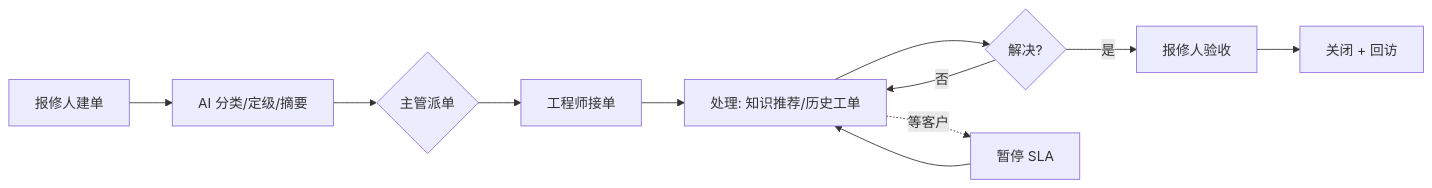
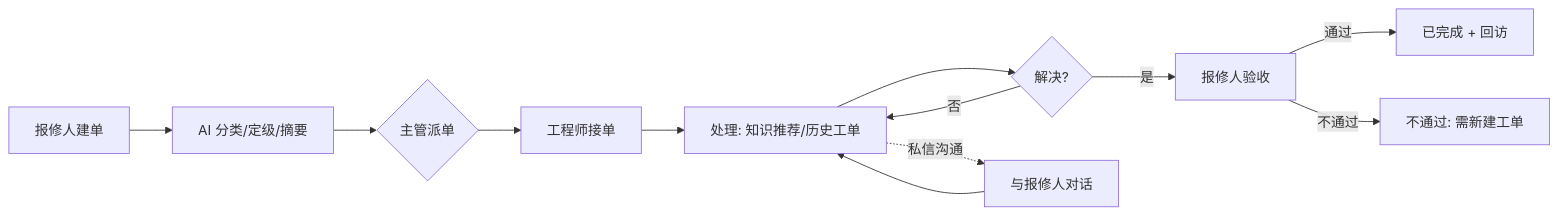
The first of 3 diagrams in backend/src/main/resources/docs/开发文档.md (6myname6/servicedesk-ai), drawn with Mermaid before and after one commit. The commit also changed other lines of this file and 37 other files, not shown here.

First line of the commit message:
feat(ticket): apply status, event and timeline requirement changes

````diff
--- a/backend/src/main/resources/docs/开发文档.md
+++ b/backend/src/main/resources/docs/开发文档.md
@@ -135,13 +136,14 @@
 ```mermaid
 flowchart LR
     A[报修人建单] --> B[AI 分类/定级/摘要]
     B --> C{主管派单}
     C --> D[工程师接单]
     D --> E[处理: 知识推荐/历史工单]
     E --> F{解决?}
+    F -- 否 --> E
     F -- 是 --> G[报修人验收]
-    F -- 否 --> E
-    G --> H[关闭 + 回访]
-    E -. 等客户 .-> I[暂停 SLA]
-    I --> E
+    G -- 通过 --> H[已完成 + 回访]
+    G -- 不通过 --> J[不通过: 需新建工单]
+    E -. 私信沟通 .-> K[与报修人对话]
+    K --> E
 ```
````
